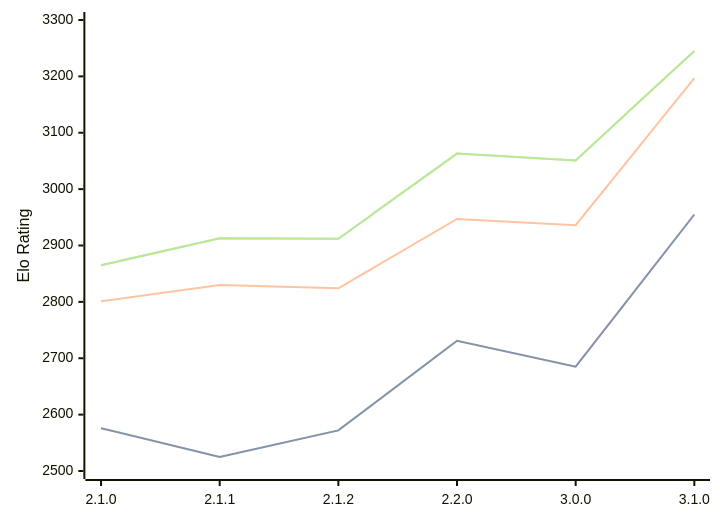
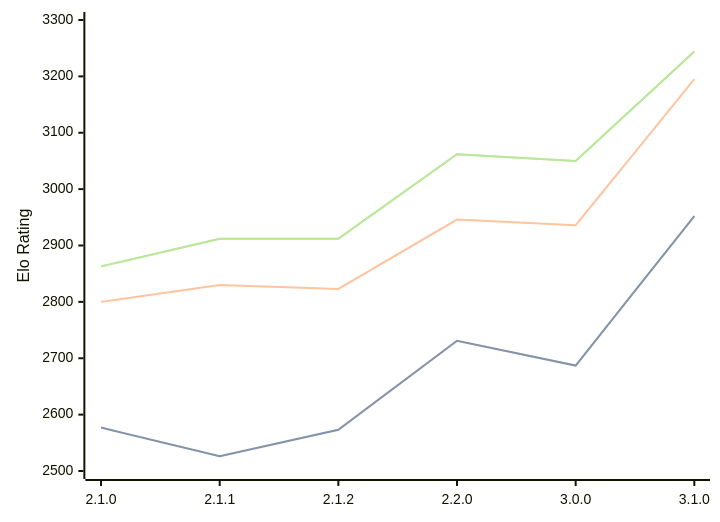
One commit to computer-chess-index/cci changed the diagram in engines/Prune.md. Above: the diagram before and after it, drawn with Mermaid. The commit also changed other lines of this file, not shown here.

Commit message:
Update CCI Ratings (ELO VLTC) - 2026-02-18

````diff
--- a/engines/Prune.md
+++ b/engines/Prune.md
@@ -37,11 +37,11 @@
 ```mermaid
 %%{init: {"theme":"base","themeVariables":{"seriesColors:['#a3a3a3','#222221','#faa371']}}}%%
 xychart-beta
   x-axis ["2.1.0", "2.1.1", "2.1.2", "2.2.0", "3.0.0", "3.1.0"]
   y-axis "Elo Rating" 2500 --> 3300
-  line "STC (8.0+0.08s)" [2576, 2525, 2572, 2731, 2685, 2955]
-  line "STC (8.0+0.08s)" [2576, 2525, 2572, 2731, 2685, 2955]
-  line "LTC (60.0+0.60s)" [2801, 2830, 2824, 2947, 2936, 3197]
-  line "VLTC (2m24s+1.12s)" [2865, 2913, 2912, 3063, 3051, 3245]
-  line "VLTC (2m24s+1.12s)" [2865, 2913, 2912, 3063, 3051, 3245]
+  line "STC (8.0+0.08s)" [2577, 2526, 2573, 2731, 2687, 2952]
+  line "STC (8.0+0.08s)" [2577, 2526, 2573, 2731, 2687, 2952]
+  line "LTC (60.0+0.60s)" [2800, 2830, 2823, 2946, 2936, 3195]
+  line "VLTC (2m24s+1.12s)" [2863, 2912, 2912, 3062, 3050, 3244]
+  line "VLTC (2m24s+1.12s)" [2863, 2912, 2912, 3062, 3050, 3244]
 ```
````
